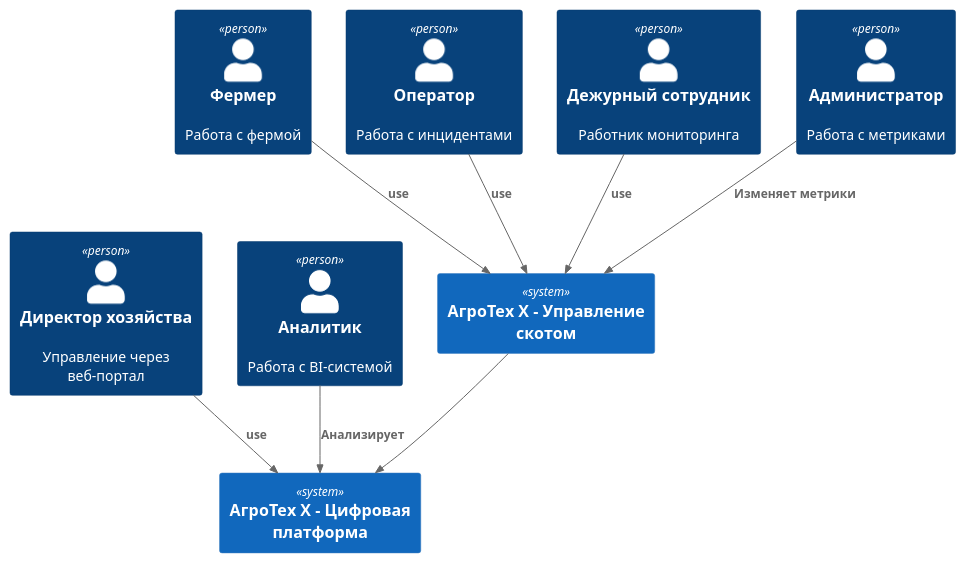
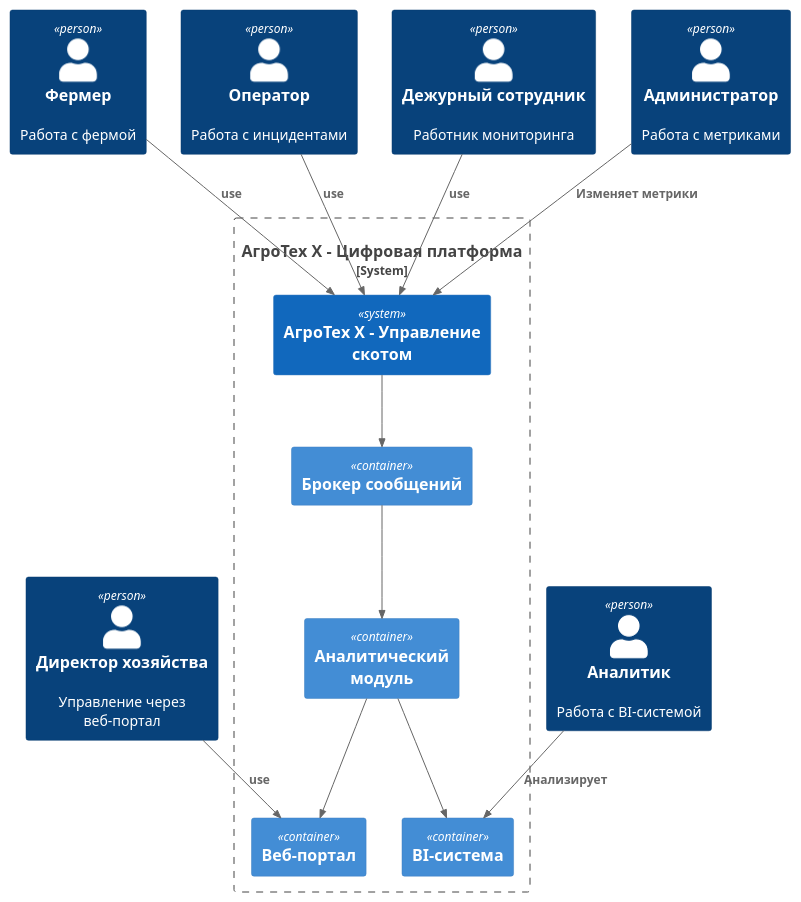
Before and after one commit to rof1ll/MSA-AgroTech: the diagram in Task1/task1.puml, drawn with PlantUML. The commit also changed 5 other files, not shown here.

```diff
--- a/Task1/task1.puml
+++ b/Task1/task1.puml
@@ -1,27 +1,37 @@
 @startuml Архитектура_АгроТех_Системы_v4
 
 !include https://raw.githubusercontent.com/plantuml-stdlib/C4-PlantUML/master/C4_Container.puml
 
 ' === Участники ===
 Person(директор, "Директор хозяйства", "Управление через веб-портал")
 Person(фермер, "Фермер", "Работа с фермой")
 Person(аналитик, "Аналитик", "Работа с BI-системой")
 Person(оператор, "Оператор", "Работа с инцидентами")
 Person(дежурный, "Дежурный сотрудник", "Работник мониторинга")
 Person(администратор, "Администратор", "Работа с метриками")
-System(агро, "АгроТех Х - Управление скотом")
-System(цифр, "АгроТех Х - Цифровая платформа")
 
+System_Boundary(цифр, "АгроТех Х - Цифровая платформа") {
+    System(агро, "АгроТех Х - Управление скотом")
+    Container(брокер, "Брокер сообщений")
+    Container(аналитика, "Аналитический модуль")
+    Container(веб, "Веб-портал")
+    Container(BI, "BI-система")
+
+}
 
 ' === Взаимосвязи ===
 
-Rel(директор, цифр, "use")
-Rel(аналитик, цифр, "Анализирует")
+Rel(директор, веб, "use")
+Rel(аналитик, BI, "Анализирует")
 
+
+Rel(брокер, аналитика, "")
+Rel(аналитика, веб, "")
+Rel(аналитика, BI, "")
+Rel(агро, брокер, "")
 Rel(администратор, агро, "Изменяет метрики")
 Rel(фермер, агро, "use")
 Rel(оператор, агро, "use")
 Rel(дежурный, агро, "use")
-Rel(агро, цифр, "")
 
 @enduml
```
